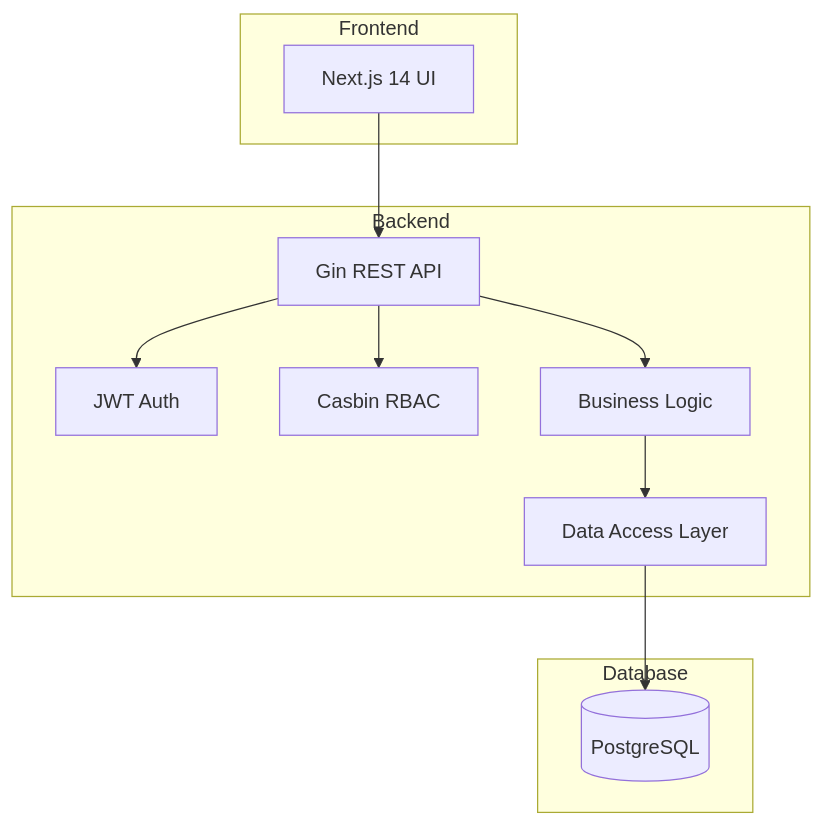
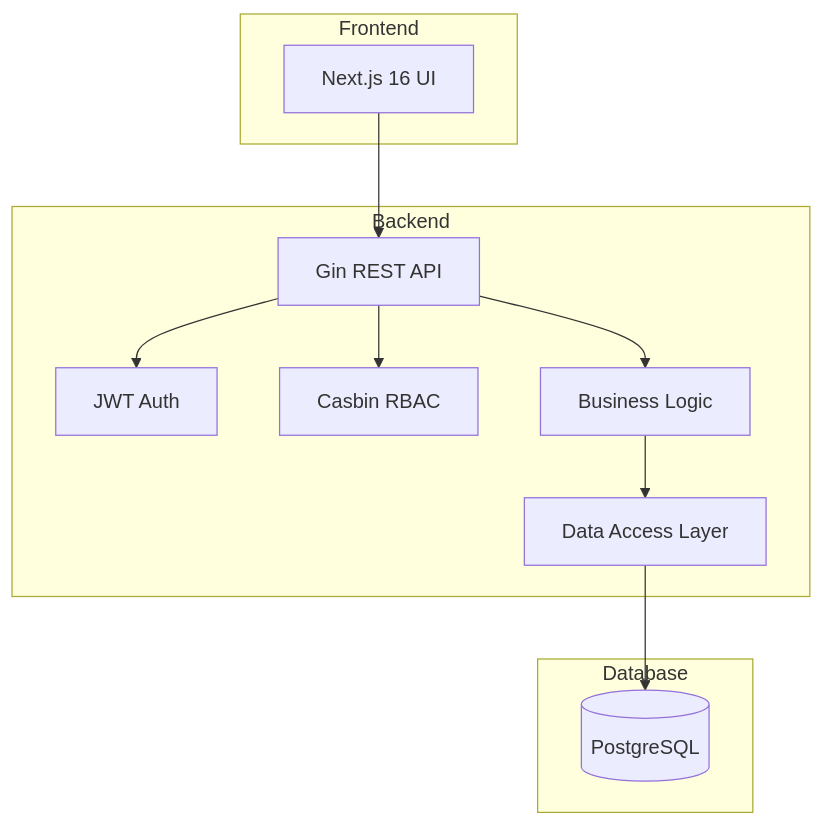
Before and after one commit to toabctl/kitamanager-go: the diagram in website/content/en/docs/architecture.md, drawn with Mermaid. The commit also changed other lines of this file and 11 other files, not shown here.

````diff
--- a/website/content/en/docs/architecture.md
+++ b/website/content/en/docs/architecture.md
@@ -10,25 +10,25 @@
 ```mermaid
 graph TB
     subgraph Frontend
-        UI[Next.js 14 UI]
+        UI[Next.js 16 UI]
     end
 
     subgraph Backend
         API[Gin REST API]
         Auth[JWT Auth]
         RBAC[Casbin RBAC]
         Services[Business Logic]
         Store[Data Access Layer]
     end
 
     subgraph Database
         PG[(PostgreSQL)]
     end
 
     UI --> API
     API --> Auth
     API --> RBAC
     API --> Services
     Services --> Store
     Store --> PG
 ```
````
